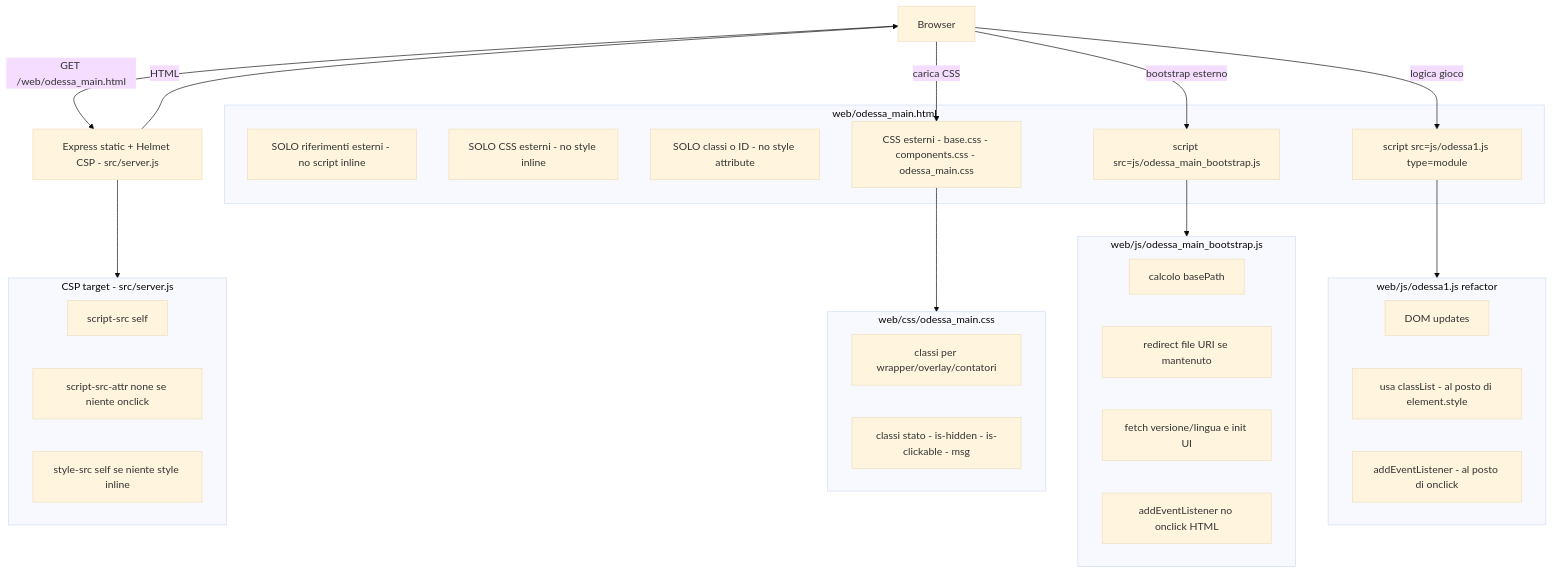
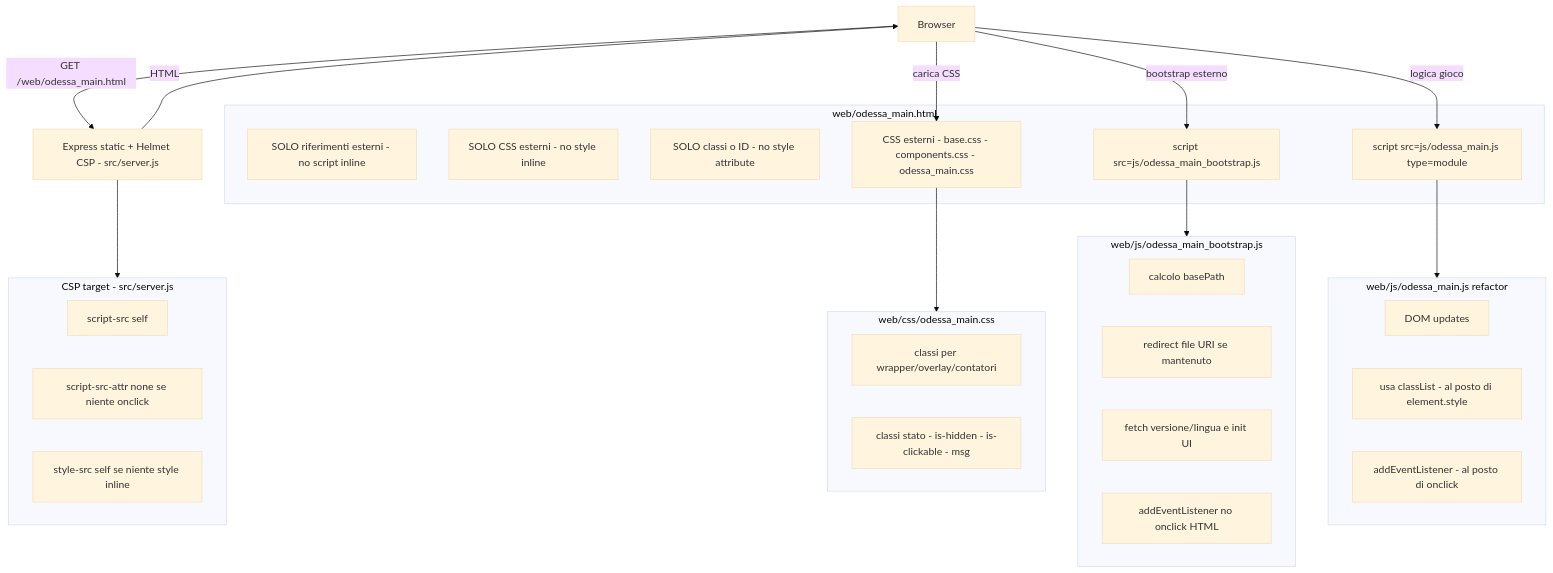
The second of 3 diagrams in docs/20260109_CSP_review_01.md (Aqualung61/MissioneOdessa), drawn with Mermaid (base theme) before and after one commit. The commit also changed other lines of this file and 18 other files, not shown here.

````diff
--- a/docs/20260109_CSP_review_01.md
+++ b/docs/20260109_CSP_review_01.md
@@ -96,46 +91,46 @@
 ```mermaid
 flowchart TD
   U[Browser] -->|GET /web/odessa_main.html| S[Express static + Helmet CSP - src/server.js]
   S -->|HTML| U
 
   subgraph HTML[web/odessa_main.html]
     T1[SOLO riferimenti esterni - no script inline]
     T2[SOLO CSS esterni - no style inline]
     T3[SOLO classi o ID - no style attribute]
     T4[CSS esterni - base.css - components.css - odessa_main.css]
     T5[script src=js/odessa_main_bootstrap.js]
-    T6[script src=js/odessa1.js type=module]
+    T6[script src=js/odessa_main.js type=module]
   end
 
   U -->|carica CSS| T4
   U -->|bootstrap esterno| T5
   U -->|logica gioco| T6
 
   subgraph Bootstrap[web/js/odessa_main_bootstrap.js]
     B1[calcolo basePath]
     B2[redirect file URI se mantenuto]
     B3[fetch versione/lingua e init UI]
     B4[addEventListener no onclick HTML]
   end
   T5 --> Bootstrap
 
-  subgraph JS[web/js/odessa1.js refactor]
+  subgraph JS[web/js/odessa_main.js refactor]
     R1[DOM updates]
     R2[usa classList - al posto di element.style]
     R3[addEventListener - al posto di onclick]
   end
   T6 --> JS
 
   subgraph CSS[web/css/odessa_main.css]
     S1[classi per wrapper/overlay/contatori]
     S2[classi stato - is-hidden - is-clickable - msg]
   end
   T4 --> CSS
 
   subgraph CSP[CSP target - src/server.js]
     D1[script-src self]
     D2[script-src-attr none se niente onclick]
     D3[style-src self se niente style inline]
   end
   S --> CSP
 ```
````
